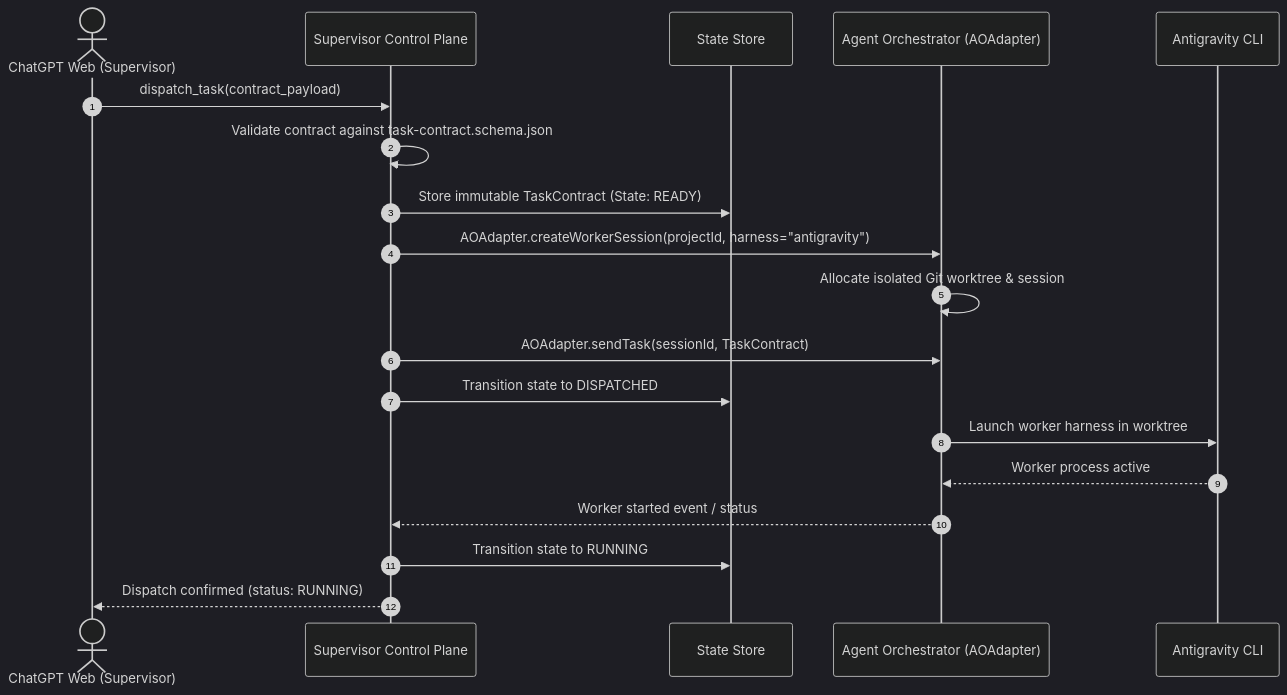
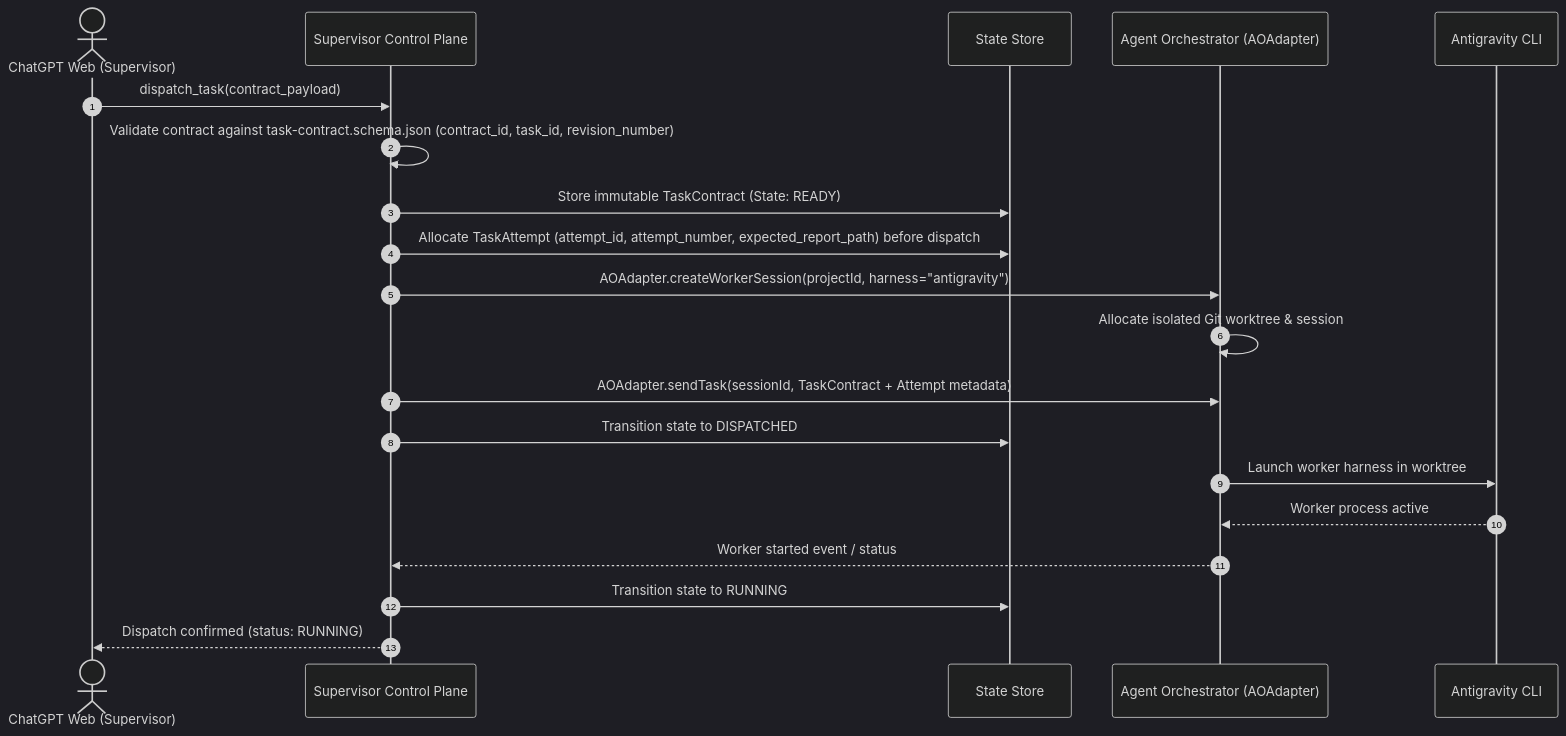
The first of 2 diagrams in docs/04_ARCHITECTURE.md (trungqwe/ai-supervisor), drawn with Mermaid (dark theme) before and after one commit. The commit also changed other lines of this file and 27 other files, not shown here.

Commit message:
docs: reconcile post-freeze architecture and issue v2.1 baseline

````diff
--- a/docs/04_ARCHITECTURE.md
+++ b/docs/04_ARCHITECTURE.md
@@ -60,22 +60,23 @@
 ```mermaid
 sequenceDiagram
     autonumber
     actor ChatGPT as ChatGPT Web (Supervisor)
     participant SCP as Supervisor Control Plane
     participant DB as State Store
     participant AO as Agent Orchestrator (AOAdapter)
     participant Agy as Antigravity CLI
 
     ChatGPT->>SCP: dispatch_task(contract_payload)
-    SCP->>SCP: Validate contract against task-contract.schema.json
+    SCP->>SCP: Validate contract against task-contract.schema.json (contract_id, task_id, revision_number)
     SCP->>DB: Store immutable TaskContract (State: READY)
+    SCP->>DB: Allocate TaskAttempt (attempt_id, attempt_number, expected_report_path) before dispatch
     SCP->>AO: AOAdapter.createWorkerSession(projectId, harness="antigravity")
     AO->>AO: Allocate isolated Git worktree & session
-    SCP->>AO: AOAdapter.sendTask(sessionId, TaskContract)
+    SCP->>AO: AOAdapter.sendTask(sessionId, TaskContract + Attempt metadata)
     SCP->>DB: Transition state to DISPATCHED
     AO->>Agy: Launch worker harness in worktree
     Agy-->>AO: Worker process active
     AO-->>SCP: Worker started event / status
     SCP->>DB: Transition state to RUNNING
     SCP-->>ChatGPT: Dispatch confirmed (status: RUNNING)
 ```
````
